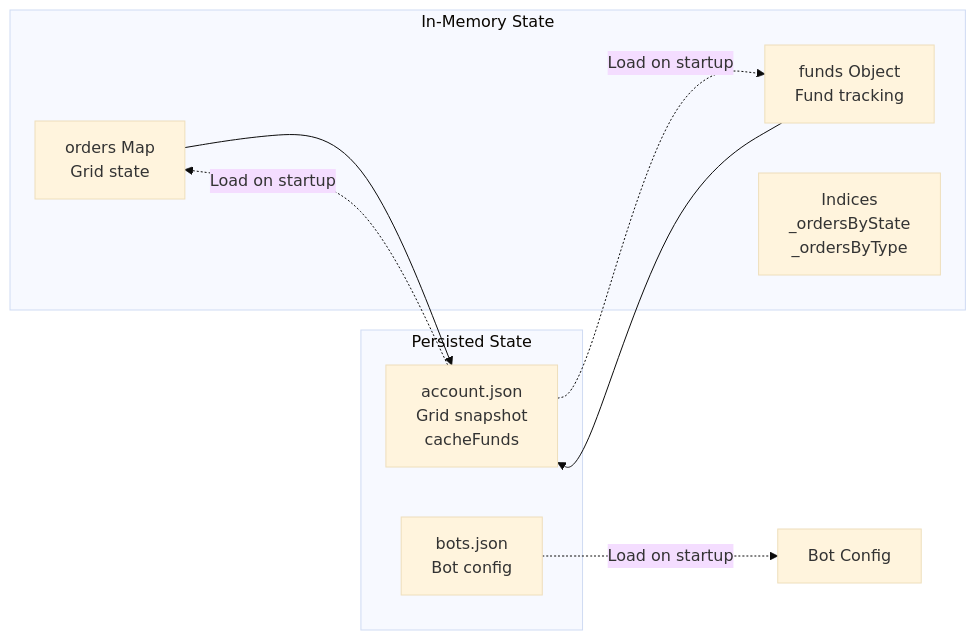
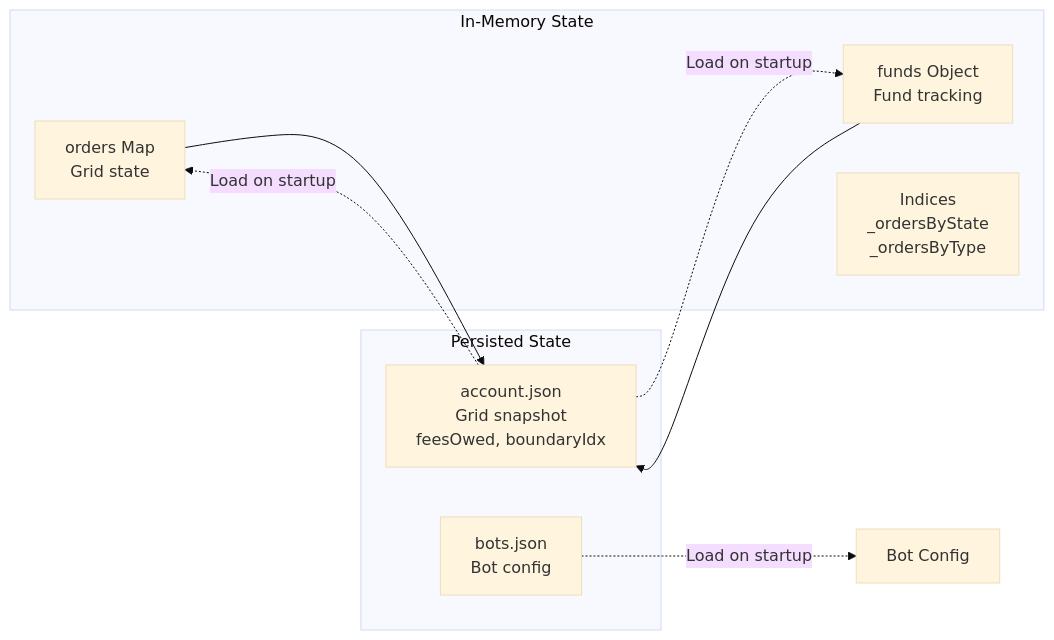
Before and after one commit to abitmore/DEXBot2: diagram 12 of 13 in docs/architecture.md, drawn with Mermaid (base theme). The commit also changed other lines of this file and 39 other files, not shown here.

First line of the commit message:
refactor: remove cacheFunds tracking and clean up documentation

````diff
--- a/docs/architecture.md
+++ b/docs/architecture.md
@@ -1029,21 +1027,21 @@
 ```mermaid
 graph LR
     subgraph "In-Memory State"
         ORDERS[orders Map<br/>Grid state]
         FUNDS[funds Object<br/>Fund tracking]
         INDICES[Indices<br/>_ordersByState<br/>_ordersByType]
     end
     
     subgraph "Persisted State"
-        ACCOUNT_JSON[account.json<br/>Grid snapshot<br/>cacheFunds]
+        ACCOUNT_JSON[account.json<br/>Grid snapshot<br/>feesOwed, boundaryIdx]
         BOTS_JSON[bots.json<br/>Bot config]
     end
     
     ORDERS --> ACCOUNT_JSON
     FUNDS --> ACCOUNT_JSON
     
     ACCOUNT_JSON -.->|Load on startup| ORDERS
     ACCOUNT_JSON -.->|Load on startup| FUNDS
     
     BOTS_JSON -.->|Load on startup| CONFIG[Bot Config]
 ```
````
